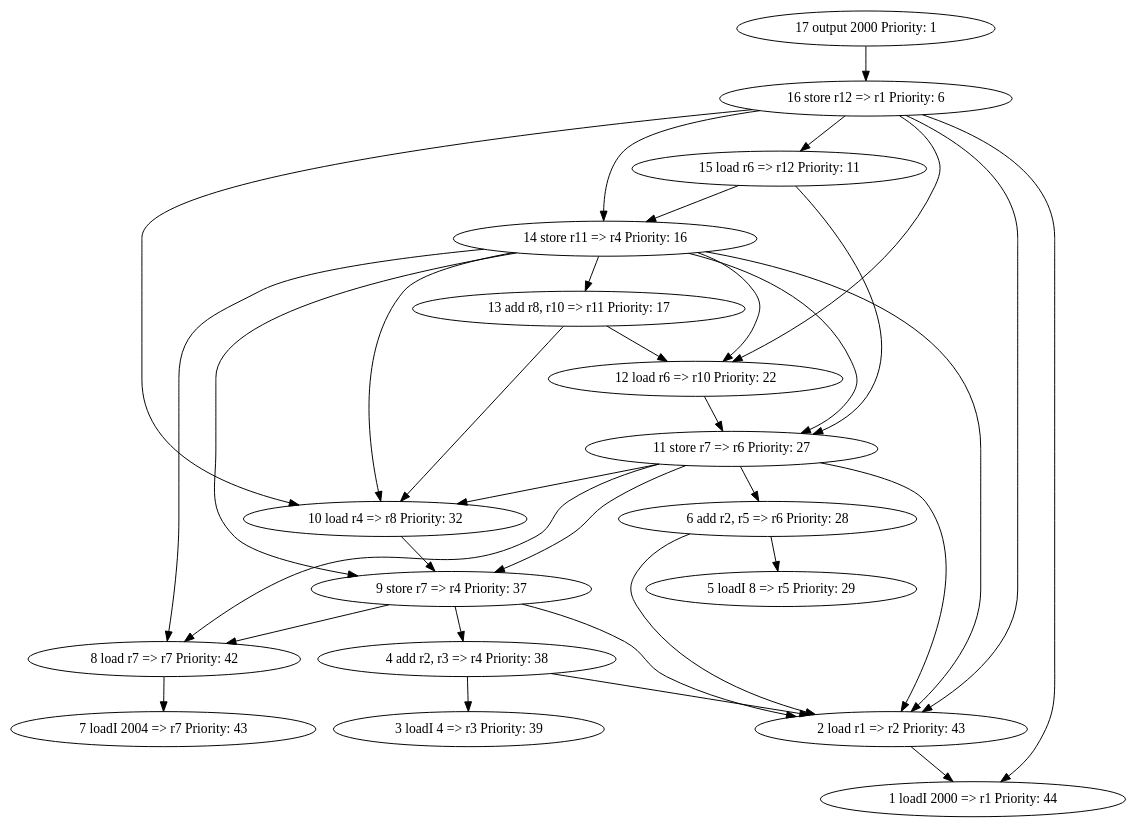
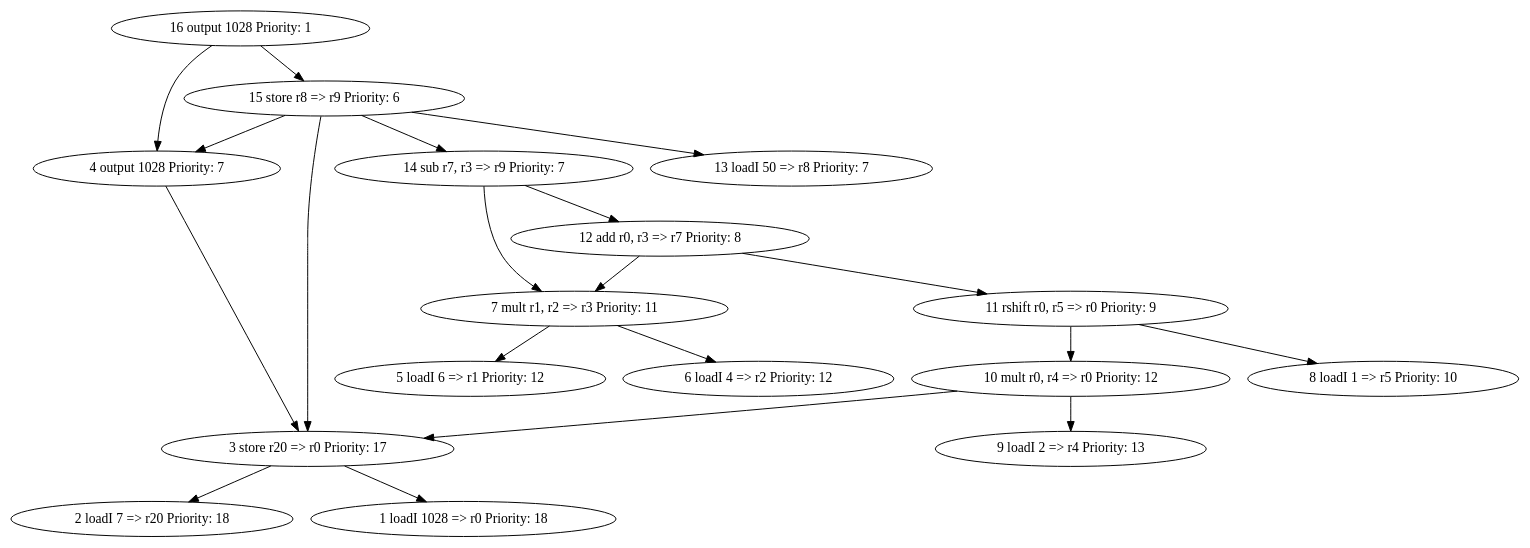
One commit to martinzc/instruction-scheduling changed the diagram in src/graph.dot. Above: the diagram before and after it, drawn with Graphviz. The commit also changed 3 other files, not shown here.

```diff
--- a/src/graph.dot
+++ b/src/graph.dot
@@ -1,53 +1,37 @@
 digraph g {
-    7 [label="7 loadI 2004 => r7 Priority: 43"];
-    3 [label="3 loadI 4 => r3 Priority: 39"];
-    16 [label="16 store r12 => r1 Priority: 6"];
-    10 [label="10 load r4 => r8 Priority: 32"];
-    14 [label="14 store r11 => r4 Priority: 16"];
-    8 [label="8 load r7 => r7 Priority: 42"];
-    11 [label="11 store r7 => r6 Priority: 27"];
-    15 [label="15 load r6 => r12 Priority: 11"];
-    1 [label="1 loadI 2000 => r1 Priority: 44"];
-    2 [label="2 load r1 => r2 Priority: 43"];
-    4 [label="4 add r2, r3 => r4 Priority: 38"];
-    17 [label="17 output 2000 Priority: 1"];
-    12 [label="12 load r6 => r10 Priority: 22"];
-    13 [label="13 add r8, r10 => r11 Priority: 17"];
-    6 [label="6 add r2, r5 => r6 Priority: 28"];
-    5 [label="5 loadI 8 => r5 Priority: 29"];
-    9 [label="9 store r7 => r4 Priority: 37"];
+    7 [label="7 mult r1, r2 => r3 Priority: 11"];
+    11 [label="11 rshift r0, r5 => r0 Priority: 9"];
+    2 [label="2 loadI 7 => r20 Priority: 18"];
+    12 [label="12 add r0, r3 => r7 Priority: 8"];
+    9 [label="9 loadI 2 => r4 Priority: 13"];
+    10 [label="10 mult r0, r4 => r0 Priority: 12"];
+    1 [label="1 loadI 1028 => r0 Priority: 18"];
+    3 [label="3 store r20 => r0 Priority: 17"];
+    14 [label="14 sub r7, r3 => r9 Priority: 7"];
+    4 [label="4 output 1028 Priority: 7"];
+    16 [label="16 output 1028 Priority: 1"];
+    13 [label="13 loadI 50 => r8 Priority: 7"];
+    5 [label="5 loadI 6 => r1 Priority: 12"];
+    6 [label="6 loadI 4 => r2 Priority: 12"];
+    15 [label="15 store r8 => r9 Priority: 6"];
+    8 [label="8 loadI 1 => r5 Priority: 10"];
+    7->5;
+    7->6;
+    11->10;
+    11->8;
+    12->7;
+    12->11;
+    10->3;
+    10->9;
+    3->1;
+    3->2;
+    14->12;
+    14->7;
+    4->3;
     16->15;
-    16->2;
-    16->14;
-    16->10;
-    16->12;
-    16->1;
-    10->9;
-    14->9;
-    14->2;
-    14->8;
-    14->11;
-    14->10;
-    14->13;
-    14->12;
-    8->7;
-    11->10;
-    11->6;
-    11->8;
-    11->9;
-    11->2;
+    16->4;
+    15->3;
+    15->13;
     15->14;
-    15->11;
-    2->1;
-    4->2;
-    4->3;
-    17->16;
-    12->11;
-    13->10;
-    13->12;
-    6->2;
-    6->5;
-    9->2;
-    9->4;
-    9->8;
+    15->4;
 }
```
